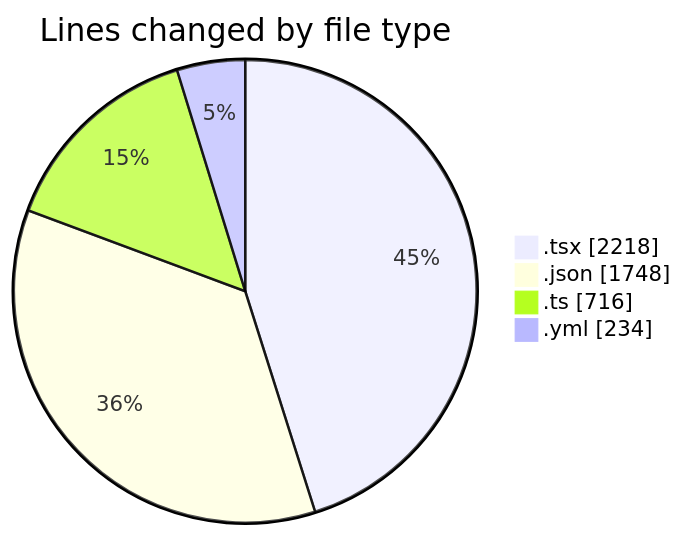
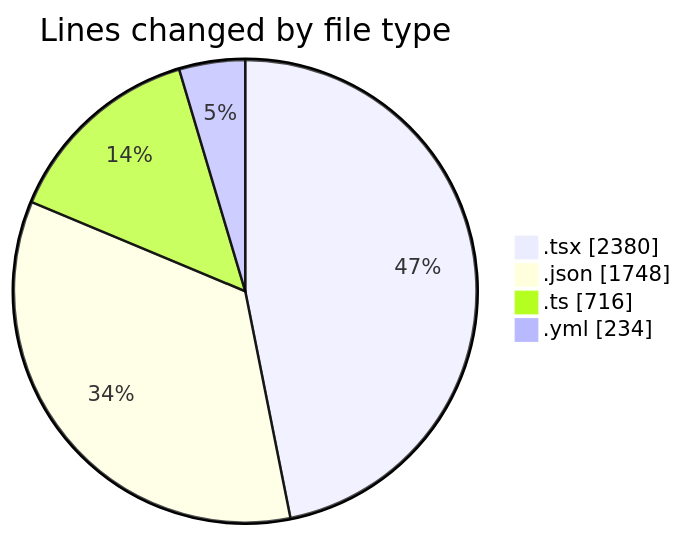
The first of 2 diagrams in 2025-10-30/eventscop-frontend-guide__workspace_/README.md (julien-gomy/code-tracking), drawn with Mermaid before and after one commit. The commit also changed other lines of this file and 1 other file, not shown here.

````diff
--- a/2025-10-30/eventscop-frontend-guide__workspace_/README.md
+++ b/2025-10-30/eventscop-frontend-guide__workspace_/README.md
@@ -42,8 +43,8 @@
 ```mermaid
 pie showData
 title Lines changed by file type
-".tsx" : 2218
+".tsx" : 2380
 ".json" : 1748
 ".ts" : 716
 ".yml" : 234
 ```
````
